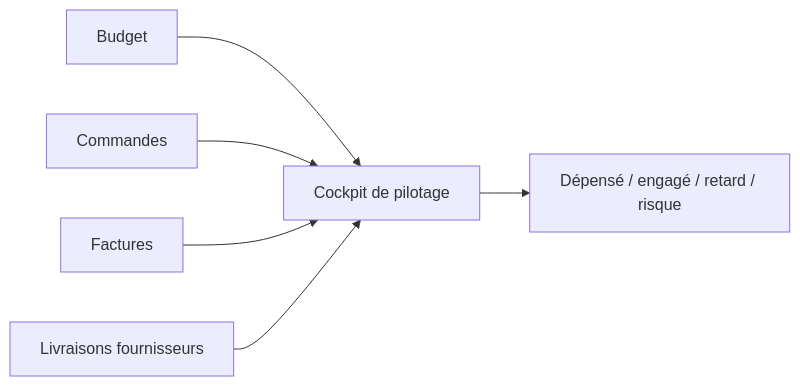
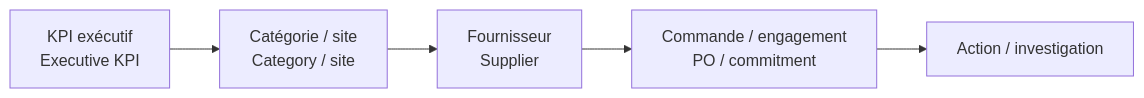
One commit to jeffersonkuku/powerbi-portfolio-projects changed the second of 3 diagrams in powerbi-procurement-financial-control-tower/README.md. Above: the diagram before and after it, drawn with Mermaid. The commit also changed other lines of this file and 4 other files, not shown here.

````diff
--- a/powerbi-procurement-financial-control-tower/README.md
+++ b/powerbi-procurement-financial-control-tower/README.md
@@ -55,8 +71,7 @@
 ```mermaid
 flowchart LR
-    A[Budget] --> E[Cockpit de pilotage]
-    B[Commandes] --> E
-    C[Factures] --> E
-    D[Livraisons fournisseurs] --> E
-    E --> F[Dépensé / engagé / retard / risque]
+    A[KPI exécutif<br/>Executive KPI] --> B[Catégorie / site<br/>Category / site]
+    B --> C[Fournisseur<br/>Supplier]
+    C --> D[Commande / engagement<br/>PO / commitment]
+    D --> E[Action / investigation]
 ```
````
